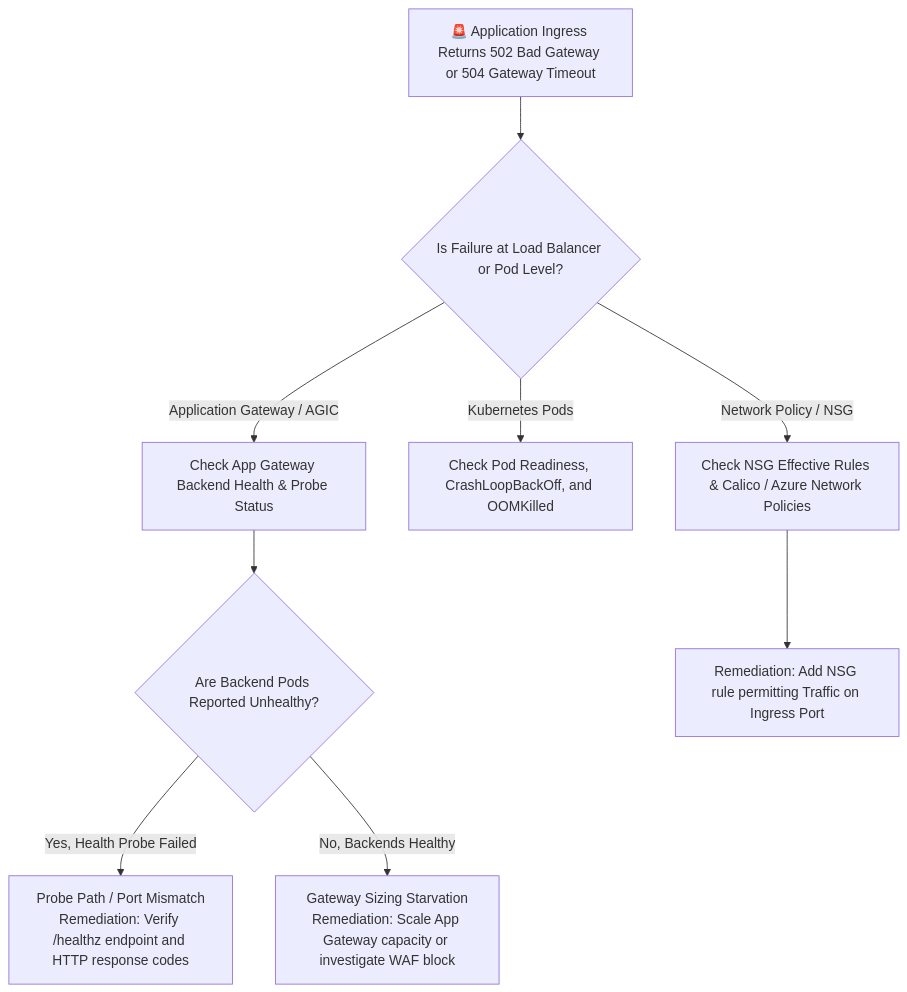
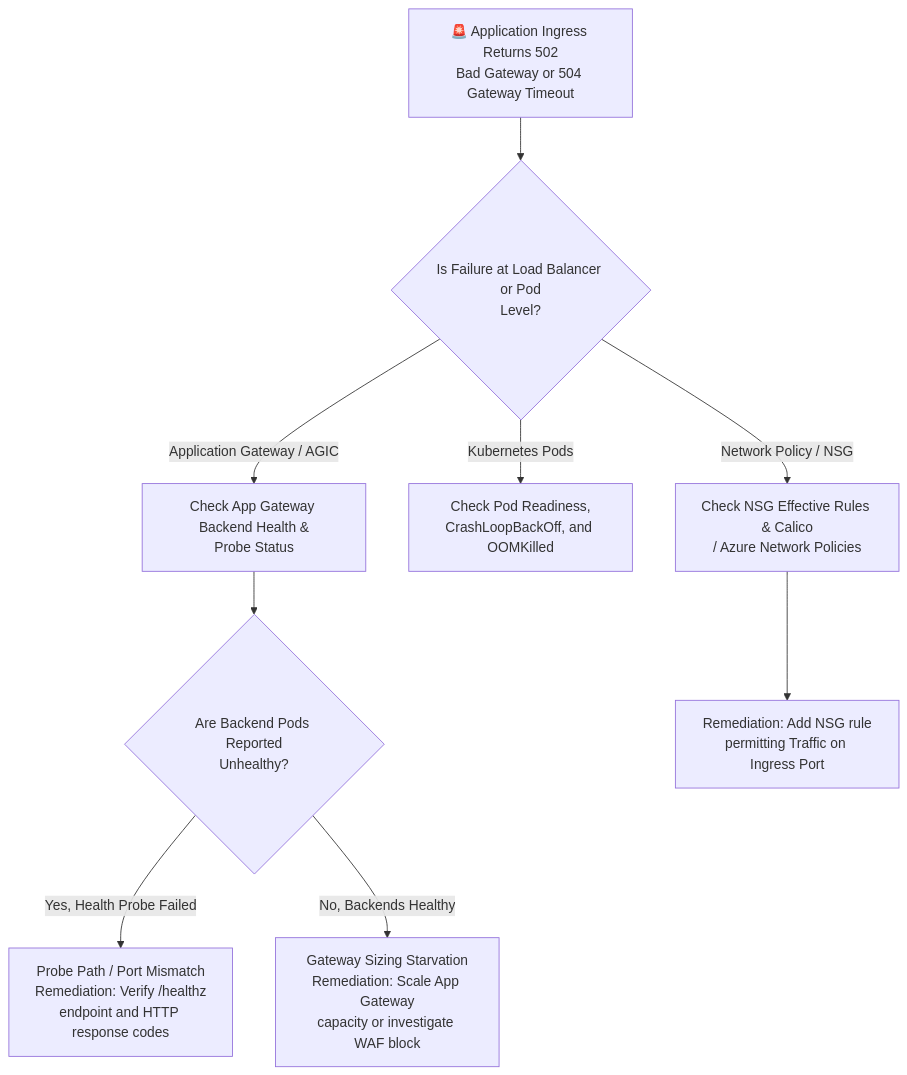
The diagram in runbooks/06_aks_ingress_and_network_security_group_lockouts.md (santoshjammi29/azure-cheat-sheet), drawn with Mermaid before and after one commit. The commit also changed 15 other files, not shown here.

Commit message:
fix(diagrams): word-wrap labels and escape comparison operators across all diagrams

````diff
--- a/runbooks/06_aks_ingress_and_network_security_group_lockouts.md
+++ b/runbooks/06_aks_ingress_and_network_security_group_lockouts.md
@@ -11,14 +11,14 @@
 ```mermaid
 flowchart TD
-    IngressAlert["🚨 Application Ingress Returns 502 Bad Gateway or 504 Gateway Timeout"] --> CheckLayer{"Is Failure at Load Balancer or Pod Level?"}
+    IngressAlert["🚨 Application Ingress Returns 502<br/>Bad Gateway or 504 Gateway Timeout"] --> CheckLayer{"Is Failure at Load Balancer or Pod<br/>Level?"}
 
-    CheckLayer -->|"Application Gateway / AGIC"| AGTriage["Check App Gateway Backend Health & Probe Status"]
-    CheckLayer -->|"Kubernetes Pods"| PodTriage["Check Pod Readiness, CrashLoopBackOff, and OOMKilled"]
-    CheckLayer -->|"Network Policy / NSG"| NSGTriage["Check NSG Effective Rules & Calico / Azure Network Policies"]
+    CheckLayer -->|"Application Gateway / AGIC"| AGTriage["Check App Gateway Backend Health &<br/>Probe Status"]
+    CheckLayer -->|"Kubernetes Pods"| PodTriage["Check Pod Readiness,<br/>CrashLoopBackOff, and OOMKilled"]
+    CheckLayer -->|"Network Policy / NSG"| NSGTriage["Check NSG Effective Rules & Calico<br/>/ Azure Network Policies"]
 
-    AGTriage --> BackendUnhealthy{"Are Backend Pods Reported Unhealthy?"}
-    BackendUnhealthy -->|"Yes, Health Probe Failed"| FixProbe["Probe Path / Port Mismatch<br/>Remediation: Verify /healthz endpoint and HTTP response codes"]
-    BackendUnhealthy -->|"No, Backends Healthy"| FixGateway["Gateway Sizing Starvation<br/>Remediation: Scale App Gateway capacity or investigate WAF block"]
+    AGTriage --> BackendUnhealthy{"Are Backend Pods Reported<br/>Unhealthy?"}
+    BackendUnhealthy -->|"Yes, Health Probe Failed"| FixProbe["Probe Path / Port Mismatch<br/>Remediation: Verify /healthz<br/>endpoint and HTTP response codes"]
+    BackendUnhealthy -->|"No, Backends Healthy"| FixGateway["Gateway Sizing Starvation<br/>Remediation: Scale App Gateway<br/>capacity or investigate WAF block"]
 
-    NSGTriage --> FixNSG["Remediation: Add NSG rule permitting Traffic on Ingress Port"]
+    NSGTriage --> FixNSG["Remediation: Add NSG rule<br/>permitting Traffic on Ingress Port"]
 ```
````
